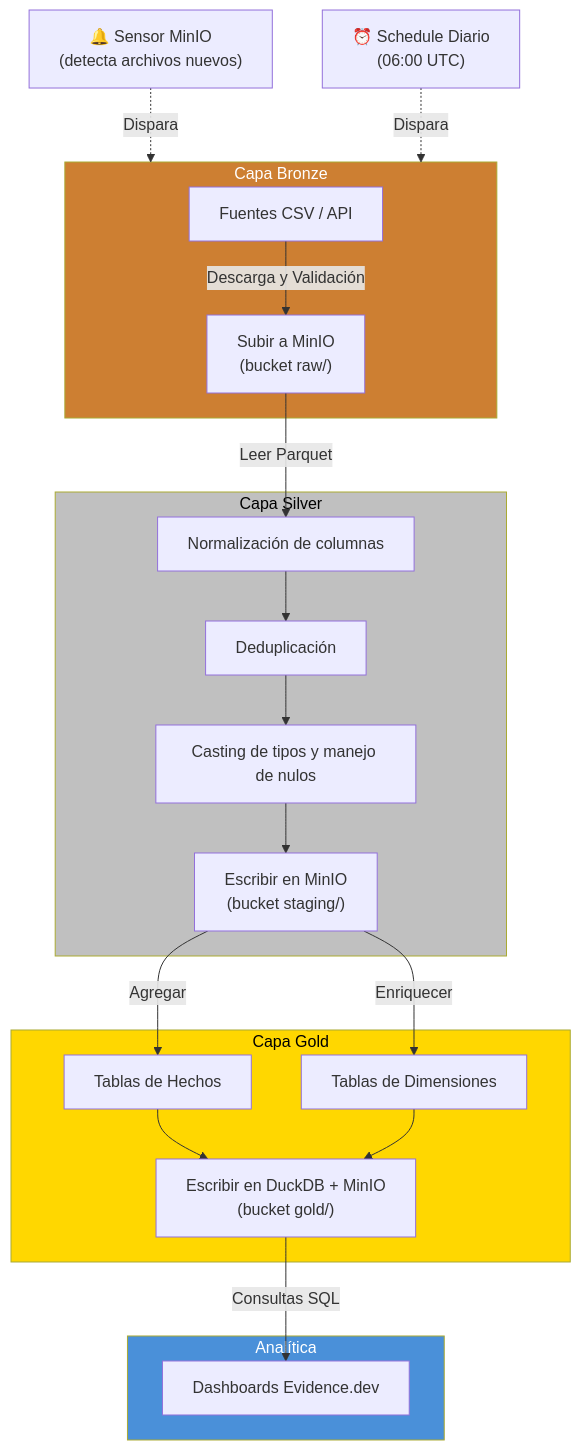
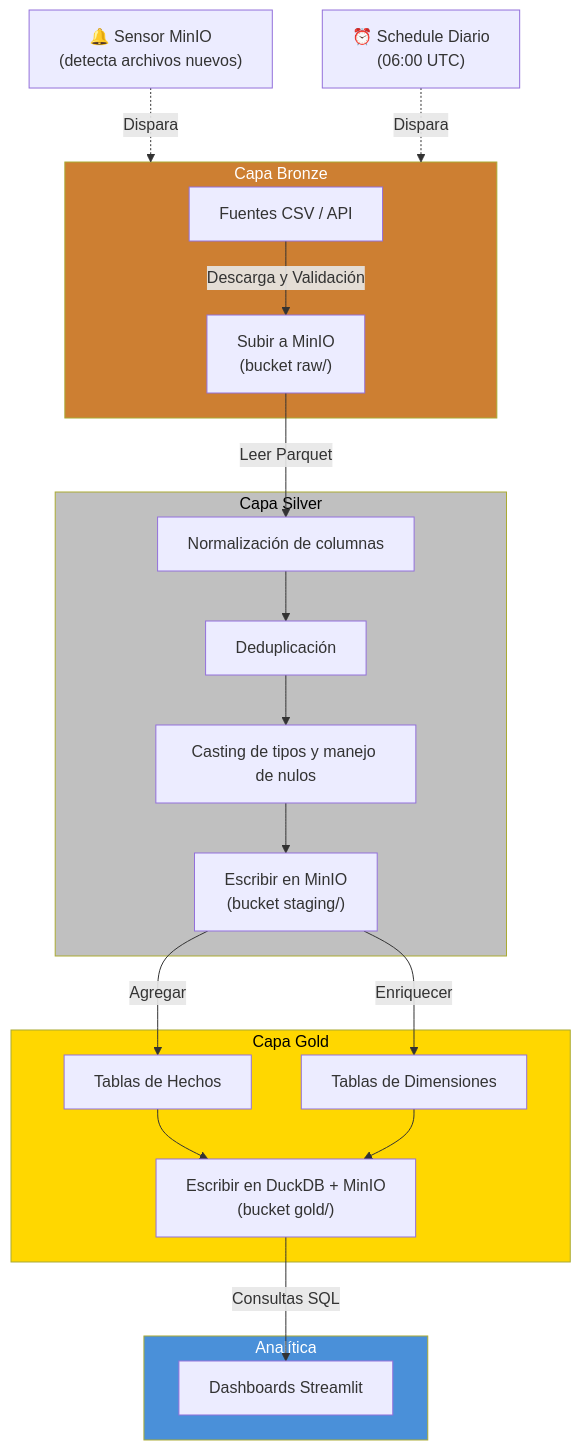
Before and after one commit to qwermk/National_Tourism_Project: the second of 4 diagrams in README.es.md, drawn with Mermaid. The commit also changed other lines of this file and 53 other files, not shown here.

````diff
--- a/README.es.md
+++ b/README.es.md
@@ -77,32 +85,32 @@
 ```mermaid
 flowchart TD
     subgraph Ingesta["Capa Bronze"]
         A["Fuentes CSV / API"] -->|Descarga y Validación| B["Subir a MinIO\n(bucket raw/)"]
     end
 
     subgraph Staging["Capa Silver"]
         B -->|Leer Parquet| C["Normalización de columnas"]
         C --> D["Deduplicación"]
         D --> E["Casting de tipos y manejo de nulos"]
         E --> F["Escribir en MinIO\n(bucket staging/)"]
     end
 
     subgraph Marts["Capa Gold"]
         F -->|Agregar| G["Tablas de Hechos"]
         F -->|Enriquecer| H["Tablas de Dimensiones"]
         G --> I["Escribir en DuckDB + MinIO\n(bucket gold/)"]
         H --> I
     end
 
     subgraph Servicio["Analítica"]
-        I -->|Consultas SQL| J["Dashboards Evidence.dev"]
+        I -->|Consultas SQL| J["Dashboards Streamlit"]
     end
 
     SENSOR["🔔 Sensor MinIO\n(detecta archivos nuevos)"] -.->|Dispara| Ingesta
     SCHEDULE["⏰ Schedule Diario\n(06:00 UTC)"] -.->|Dispara| Ingesta
 
     style Ingesta fill:#cd7f32,color:#fff
     style Staging fill:#c0c0c0,color:#000
     style Marts fill:#ffd700,color:#000
     style Servicio fill:#4a90d9,color:#fff
 ```
````
